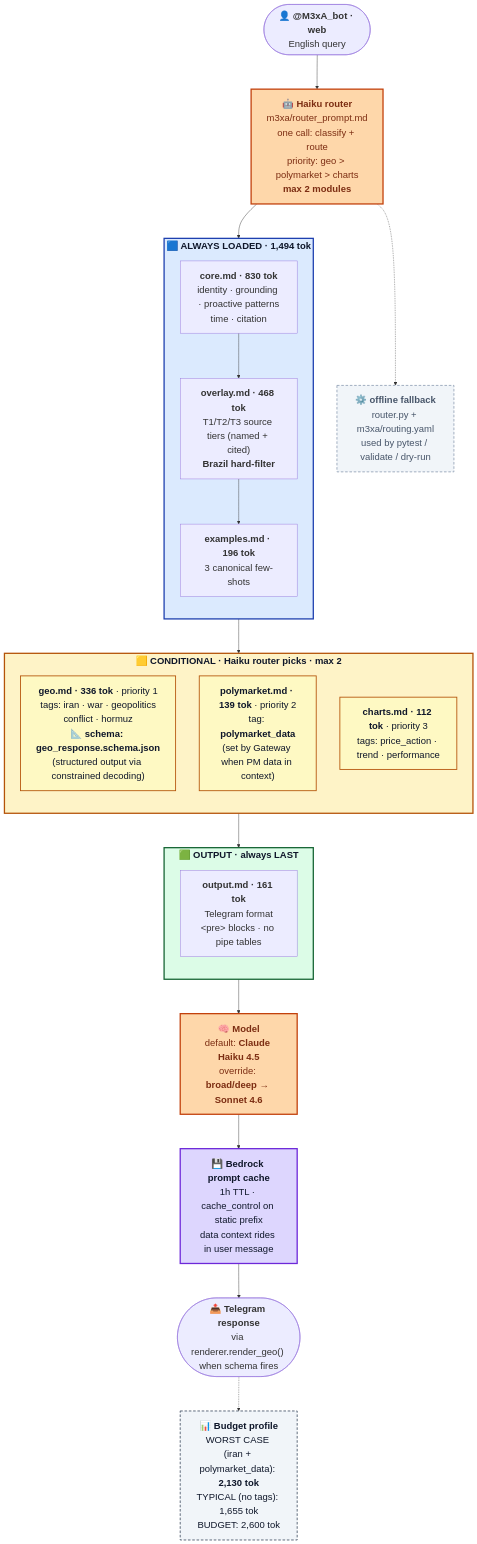
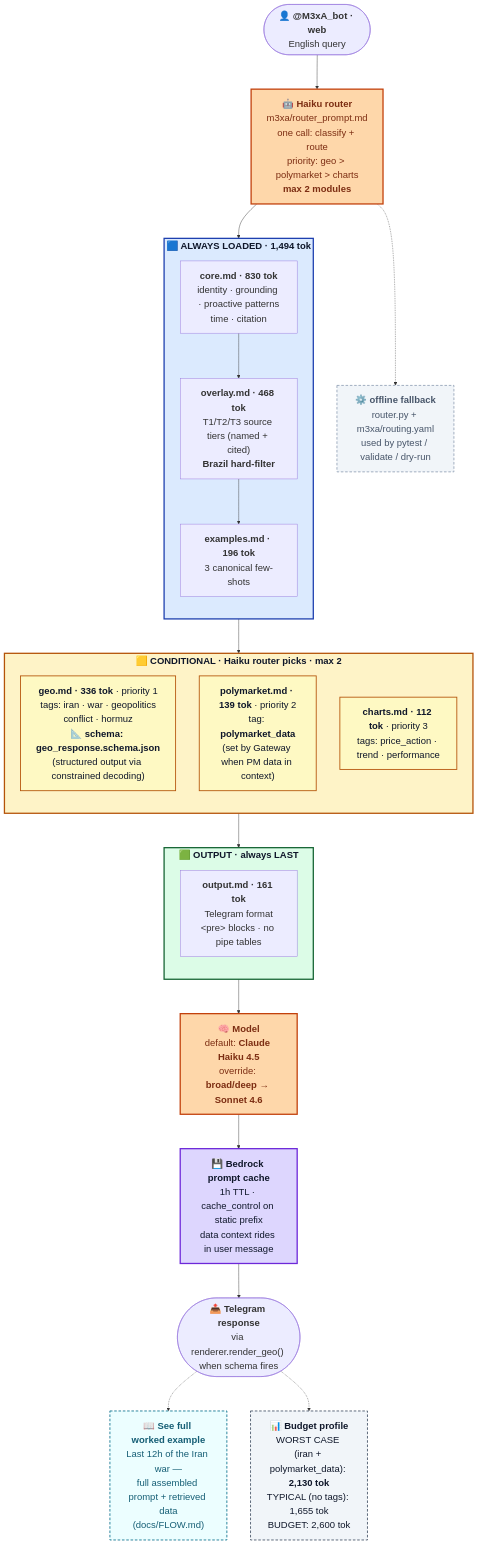
One commit to prcodex/version3- changed the second of 3 diagrams in README.md. Above: the diagram before and after it, drawn with Mermaid. The commit also changed other lines of this file and 1 other file, not shown here.

Commit message:
FLOW + charts: m3xabr worked example + clickable "see example" nodes
Two changes that pair up:

1. FLOW.md gains a m3xabr concrete example mirroring the m3xa one.
   Query: "USD/BRL essa semana + odds do Polymarket sobre eleição 2026"
   (worst case for m3xabr — both conditional modules fire).
   Walks through: Haiku router output, 122-line / 1,853-tok assembled
   prompt skeleton (PT-BR), realistic AGENT_AND_DATA_CONTEXT block
   with USD/BRL snapshot, Polymarket BR top-5, Datafolha/Quaest/Atlas,
   Traumann/Daniela Lima/Recondo/Josias tweets, Itaú/XP/BTG research,
   sample response shape Haiku would emit, cache vs dynamic breakdown.

2. Both per-product charts get a new dashed cyan "see worked example"
   node off the Telegram-response endpoint, clicking through to the
   matching FLOW.md anchor (#concrete-example-for-m3xa /
   #concrete-example-for-m3xabr).

The m3xa example heading was renamed from "A concrete example — what
Haiku actually sees" to "Concrete example for m3xa" so the GitHub
anchor is stable and predictable.

validate green (14 souls), pytest 14/14.

````diff
--- a/README.md
+++ b/README.md
@@ -112,58 +112,61 @@
 ```mermaid
 %%{init: {'theme': 'default', 'themeVariables': {'fontSize': '22px', 'fontFamily': 'Inter, system-ui, -apple-system, sans-serif'}, 'flowchart': {'htmlLabels': true, 'curve': 'basis', 'nodeSpacing': 55, 'rankSpacing': 80, 'padding': 18}}}%%
 flowchart TB
     BOT(["<b>👤 @M3xA_bot · web</b><br/>English query"]) --> RTR["<b>🤖 Haiku router</b><br/>m3xa/router_prompt.md<br/>one call: classify + route<br/>priority: geo &gt; polymarket &gt; charts<br/><b>max 2 modules</b>"]
     RTR -.-> FALL["<b>⚙️ offline fallback</b><br/>router.py + m3xa/routing.yaml<br/>used by pytest / validate / dry-run"]
 
     subgraph ALWAYS["<b>🟦 ALWAYS LOADED · 1,494 tok</b>"]
         direction TB
         A1["<b>core.md · 830 tok</b><br/>identity · grounding · proactive patterns<br/>time · citation"]
         A2["<b>overlay.md · 468 tok</b><br/>T1/T2/T3 source tiers (named + cited)<br/><b>Brazil hard-filter</b>"]
         A3["<b>examples.md · 196 tok</b><br/>3 canonical few-shots"]
         A1 --> A2 --> A3
     end
 
     subgraph COND["<b>🟨 CONDITIONAL · Haiku router picks · max 2</b>"]
         direction TB
         G["<b>geo.md · 336 tok</b> · priority 1<br/>tags: iran · war · geopolitics<br/>conflict · hormuz<br/><b>📐 schema: geo_response.schema.json</b><br/>(structured output via constrained decoding)"]
         P["<b>polymarket.md · 139 tok</b> · priority 2<br/>tag: <b>polymarket_data</b><br/>(set by Gateway when PM data in context)"]
         CH["<b>charts.md · 112 tok</b> · priority 3<br/>tags: price_action · trend · performance"]
     end
 
     subgraph OUTBLK["<b>🟩 OUTPUT · always LAST</b>"]
         direction TB
         OUT["<b>output.md · 161 tok</b><br/>Telegram format<br/>&lt;pre&gt; blocks · no pipe tables"]
     end
 
     RTR --> ALWAYS
     ALWAYS --> COND
     COND --> OUTBLK
     OUTBLK --> MODEL["<b>🧠 Model</b><br/>default: <b>Claude Haiku 4.5</b><br/>override: <b>broad/deep → Sonnet 4.6</b>"]
     MODEL --> CACHE["<b>💾 Bedrock prompt cache</b><br/>1h TTL · cache_control on static prefix<br/>data context rides in user message"]
     CACHE --> GEN(["<b>📤 Telegram response</b><br/>via renderer.render_geo() when schema fires"])
+    GEN -.-> EX["<b>📖 See full worked example</b><br/>Last 12h of the Iran war —<br/>full assembled prompt + retrieved data<br/>(docs/FLOW.md)"]
 
     META["<b>📊 Budget profile</b><br/>WORST CASE (iran + polymarket_data): <b>2,130 tok</b><br/>TYPICAL (no tags): 1,655 tok<br/>BUDGET: 2,600 tok"]
     GEN -.-> META
 
     click A1 "https://github.com/prcodex/version3-/blob/main/m3xa/souls/core.md" _blank
     click A2 "https://github.com/prcodex/version3-/blob/main/m3xa/souls/overlay.md" _blank
     click A3 "https://github.com/prcodex/version3-/blob/main/m3xa/souls/examples.md" _blank
     click G "https://github.com/prcodex/version3-/blob/main/m3xa/souls/modules/geo.md" _blank
     click P "https://github.com/prcodex/version3-/blob/main/m3xa/souls/modules/polymarket.md" _blank
     click CH "https://github.com/prcodex/version3-/blob/main/m3xa/souls/modules/charts.md" _blank
     click OUT "https://github.com/prcodex/version3-/blob/main/m3xa/souls/output.md" _blank
     click RTR "https://github.com/prcodex/version3-/blob/main/m3xa/router_prompt.md" _blank
     click FALL "https://github.com/prcodex/version3-/blob/main/m3xa/routing.yaml" _blank
+    click EX "https://github.com/prcodex/version3-/blob/main/docs/FLOW.md#concrete-example-for-m3xa" _blank
 
     style ALWAYS fill:#dbeafe,stroke:#1e40af,stroke-width:3px,color:#0f172a
     style COND fill:#fef3c7,stroke:#b45309,stroke-width:3px,color:#0f172a
     style OUTBLK fill:#dcfce7,stroke:#166534,stroke-width:3px,color:#0f172a
     style MODEL fill:#fed7aa,stroke:#c2410c,stroke-width:3px,color:#7c2d12
     style CACHE fill:#ddd6fe,stroke:#6d28d9,stroke-width:3px,color:#0f172a
     style META fill:#f1f5f9,stroke:#475569,stroke-width:2px,stroke-dasharray:6 4,color:#0f172a
     style G fill:#fef9c3,stroke:#b45309,stroke-width:2px,color:#0f172a
     style P fill:#fef9c3,stroke:#b45309,stroke-width:2px,color:#0f172a
     style CH fill:#fef9c3,stroke:#b45309,stroke-width:2px,color:#0f172a
     style RTR fill:#fed7aa,stroke:#c2410c,stroke-width:3px,color:#7c2d12
     style FALL fill:#f1f5f9,stroke:#94a3b8,stroke-width:2px,stroke-dasharray:6 4,color:#475569
+    style EX fill:#ecfeff,stroke:#0e7490,stroke-width:2px,stroke-dasharray:6 4,color:#155e75
 ```
````
